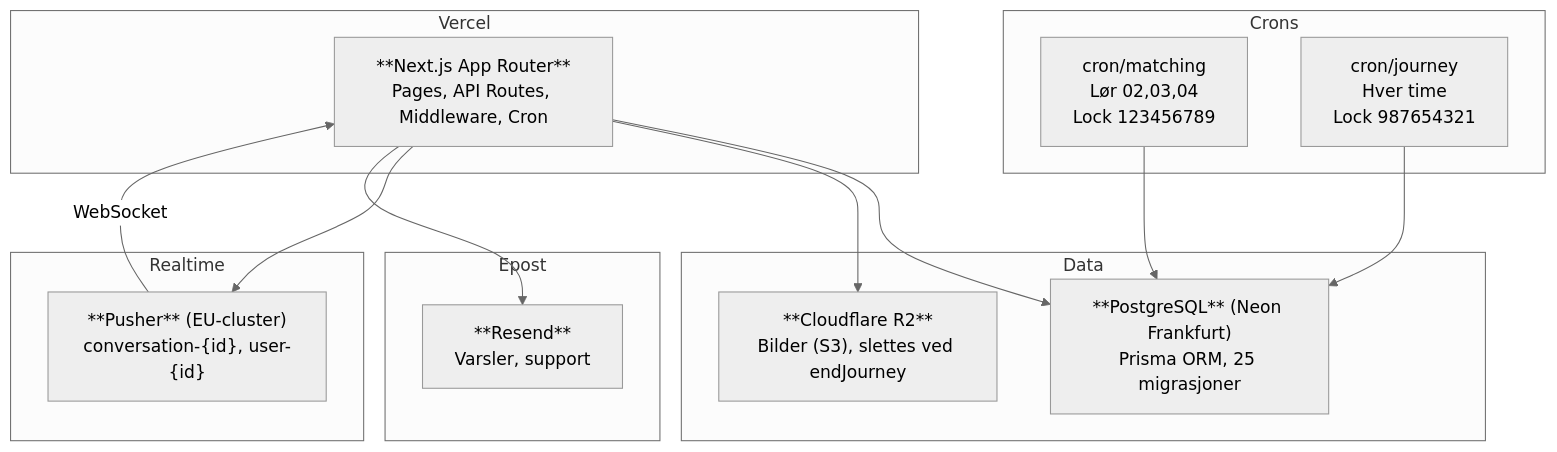
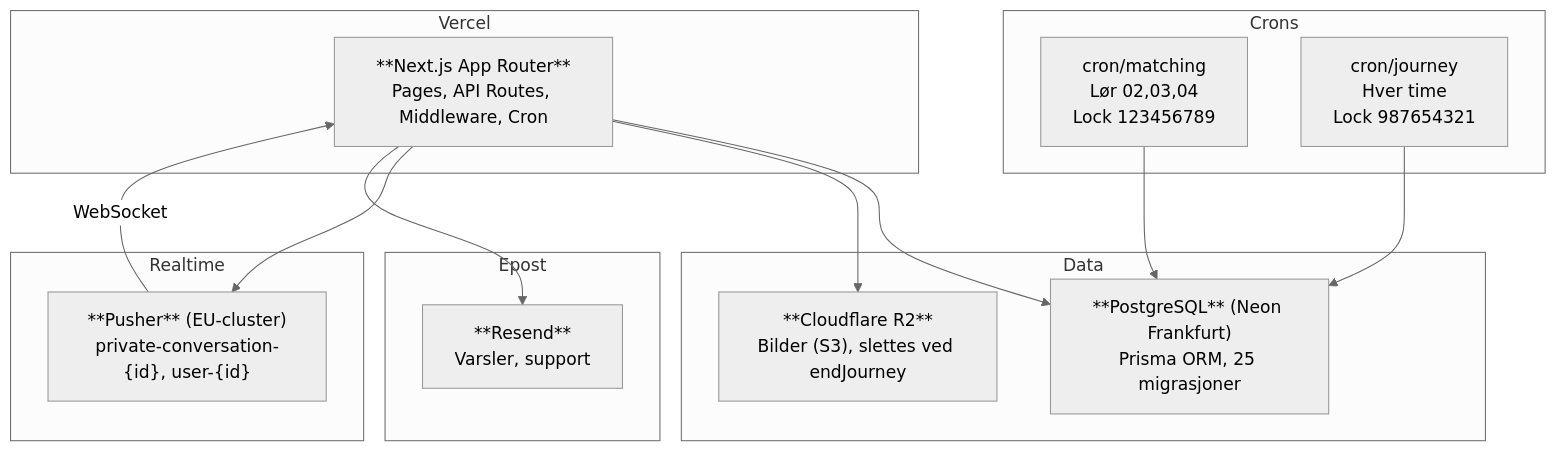
Before and after one commit to GeorgeMasterSplinter/tosom: the sixth of 6 diagrams in docs/reference/SYSTEM-FLOW-DIAGRAM.md, drawn with Mermaid (neutral theme). The commit also changed other lines of this file and 10 other files, not shown here.

First line of the commit message:
feat(chat): private Pusher-kanal + auth-rute, venterom redirect (GEORGE §1)

````diff
--- a/docs/reference/SYSTEM-FLOW-DIAGRAM.md
+++ b/docs/reference/SYSTEM-FLOW-DIAGRAM.md
@@ -248,33 +248,33 @@
 ```mermaid
 flowchart TB
     subgraph Vercel
         NEXT["**Next.js App Router**<br/>Pages, API Routes, Middleware, Cron"]
     end
 
     subgraph Data
         PG["**PostgreSQL** (Neon Frankfurt)<br/>Prisma ORM, 25 migrasjoner"]
         R2["**Cloudflare R2**<br/>Bilder (S3), slettes ved endJourney"]
     end
 
     subgraph Realtime
-        PUSHER["**Pusher** (EU-cluster)<br/>conversation-{id}, user-{id}"]
+        PUSHER["**Pusher** (EU-cluster)<br/>private-conversation-{id}, user-{id}"]
     end
 
     subgraph Epost
         RESEND["**Resend**<br/>Varsler, support"]
     end
 
     NEXT --> PG
     NEXT --> R2
     NEXT --> PUSHER
     NEXT --> RESEND
     PUSHER -->|WebSocket| NEXT
 
     subgraph Crons
         CRON_M["cron/matching<br/>Lør 02,03,04<br/>Lock 123456789"]
         CRON_J["cron/journey<br/>Hver time<br/>Lock 987654321"]
     end
 
     CRON_M --> PG
     CRON_J --> PG
 ```
````
